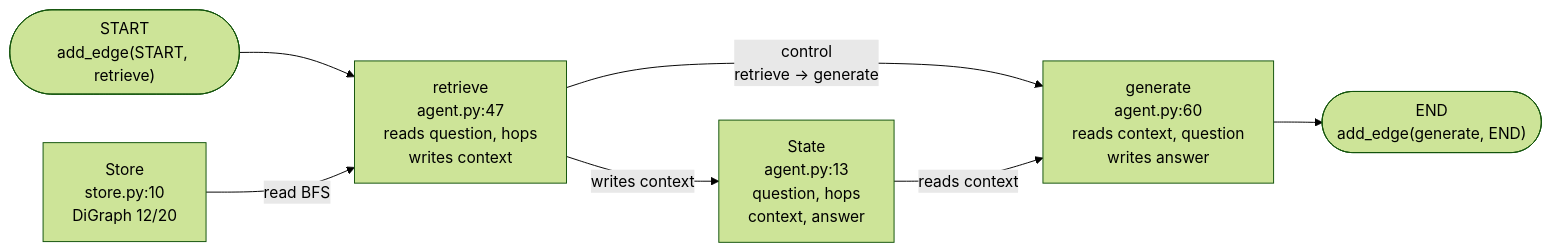
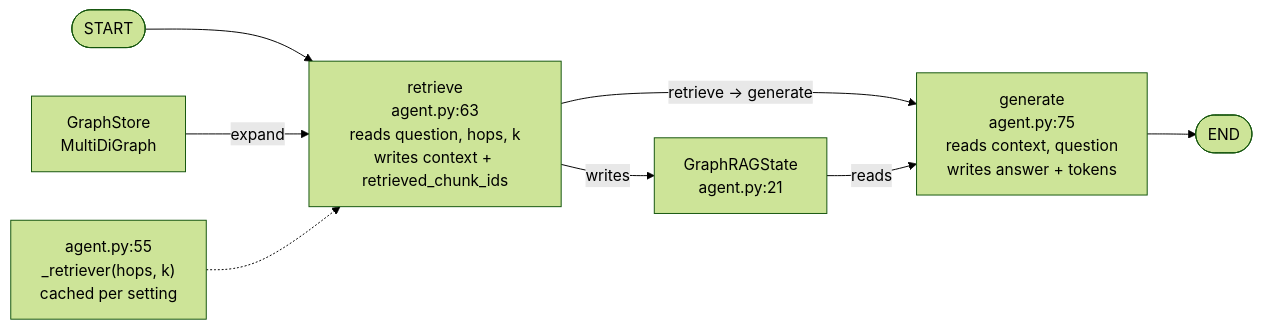
One commit to manishwvn/graph_rag changed the sixth of 9 diagrams in LEARNINGS.md. Above: the diagram before and after it, drawn with Mermaid (forest theme). The commit also changed other lines of this file and 30 other files, not shown here.

First line of the commit message:
feat: vector vs graph RAG comparison, with a corrected evaluation

````diff
--- a/LEARNINGS.md
+++ b/LEARNINGS.md
@@ -239,9 +262,10 @@
 ```mermaid
 graph LR
-  START(["START<br/>add_edge(START, retrieve)"]) --> RET["retrieve<br/>agent.py:47<br/>reads question, hops<br/>writes context"]
-  RET -- "control<br/>retrieve -> generate" --> GEN["generate<br/>agent.py:60<br/>reads context, question<br/>writes answer"]
-  GEN --> END(["END<br/>add_edge(generate, END)"])
-  RET -- "writes context" --> STATE["State<br/>agent.py:13<br/>question, hops<br/>context, answer"]
-  STATE -- "reads context" --> GEN
-  STORE["Store<br/>store.py:10<br/>DiGraph 12/20"] -- "read BFS" --> RET
+  START(["START"]) --> RET["retrieve<br/>agent.py:63<br/>reads question, hops, k<br/>writes context + retrieved_chunk_ids"]
+  RET -- "retrieve -> generate" --> GEN["generate<br/>agent.py:75<br/>reads context, question<br/>writes answer + tokens"]
+  GEN --> ENDN(["END"])
+  RET -- "writes" --> STATE["GraphRAGState<br/>agent.py:21"]
+  STATE -- "reads" --> GEN
+  STORE["GraphStore<br/>MultiDiGraph"] -- "expand" --> RET
+  CACHE["agent.py:55<br/>_retriever(hops, k)<br/>cached per setting"] -.-> RET
 ```
````
